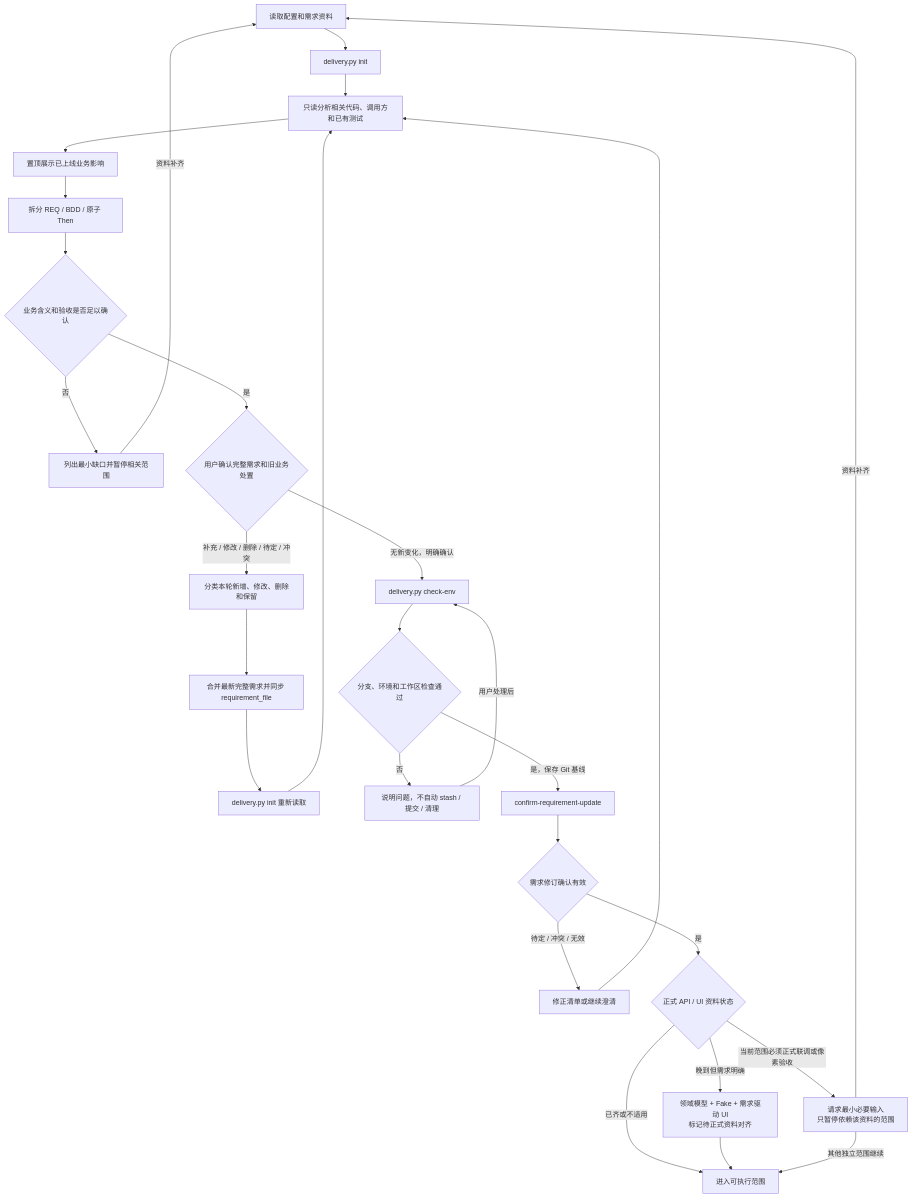
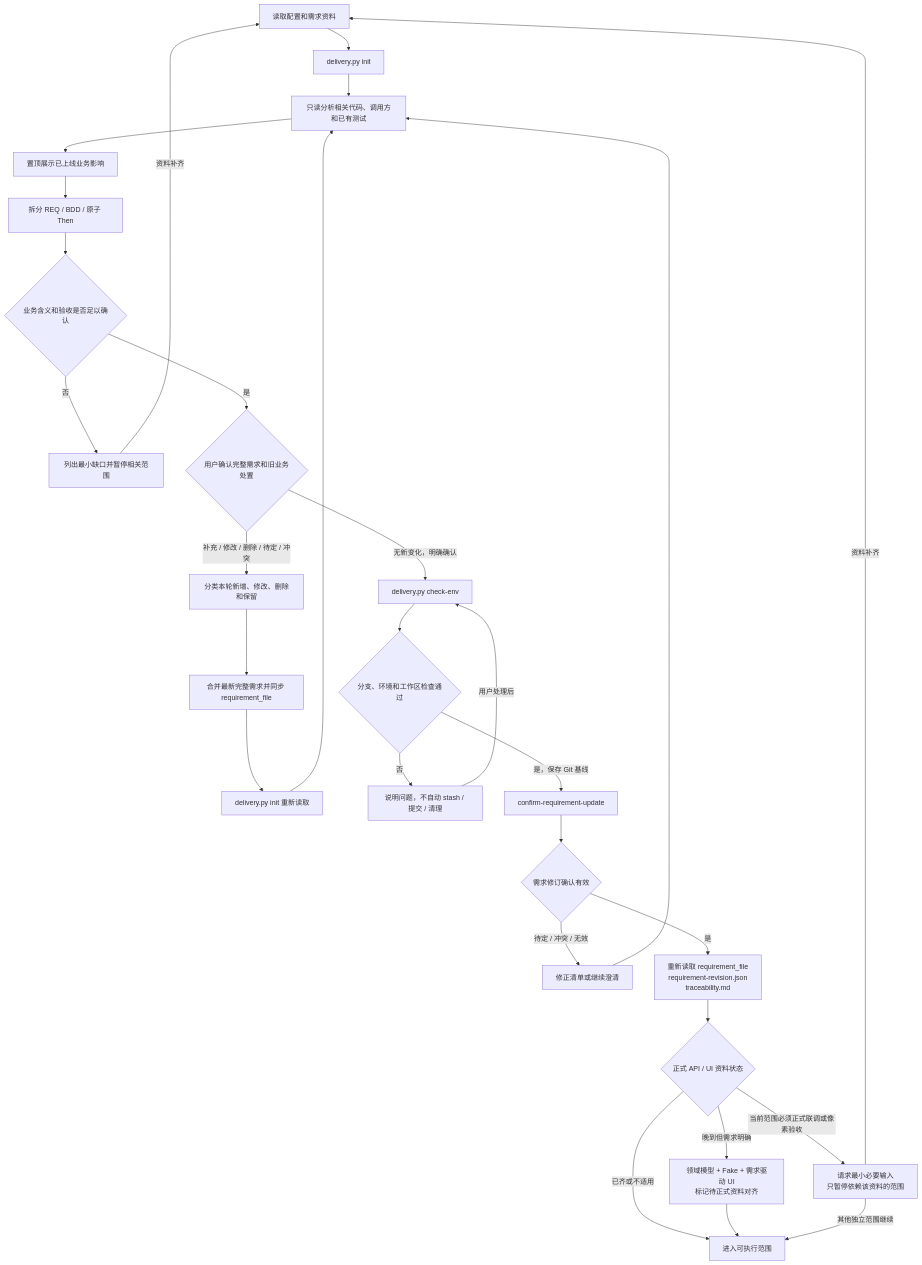
The second of 4 diagrams in AI_DELIVERY_WORKFLOW_GUIDELINES.md (yejuntian/android-delivery-skills), drawn with Mermaid before and after one commit. The commit also changed other lines of this file and 7 other files, not shown here.

````diff
--- a/AI_DELIVERY_WORKFLOW_GUIDELINES.md
+++ b/AI_DELIVERY_WORKFLOW_GUIDELINES.md
@@ -173,30 +173,31 @@
 ```mermaid
 flowchart TD
         A["读取配置和需求资料"] --> B["delivery.py init"]
         B --> C["只读分析相关代码、调用方和已有测试"]
         C --> D["置顶展示已上线业务影响"]
         D --> E["拆分 REQ / BDD / 原子 Then"]
         E --> DOR{"业务含义和验收是否足以确认"}
         DOR -- "否" --> NEED["列出最小缺口并暂停相关范围"]
         NEED -- "资料补齐" --> A
         DOR -- "是" --> F{"用户确认完整需求和旧业务处置"}
         F -- "补充 / 修改 / 删除 / 待定 / 冲突" --> G["分类本轮新增、修改、删除和保留"]
         G --> G1["合并最新完整需求并同步 requirement_file"]
         G1 --> G2["delivery.py init 重新读取"]
         G2 --> C
         F -- "无新变化，明确确认" --> B1["delivery.py check-env"]
         B1 --> ENV{"分支、环境和工作区检查通过"}
         ENV -- "否" --> ENVFAIL["说明问题，不自动 stash / 提交 / 清理"]
         ENVFAIL -- "用户处理后" --> B1
         ENV -- "是，保存 Git 基线" --> H["confirm-requirement-update"]
         H --> REV{"需求修订确认有效"}
         REV -- "待定 / 冲突 / 无效" --> REVFIX["修正清单或继续澄清"]
         REVFIX --> C
-        REV -- "是" --> INPUT{"正式 API / UI 资料状态"}
+        REV -- "是" --> FACTS["重新读取 requirement_file<br/>requirement-revision.json<br/>traceability.md"]
+        FACTS --> INPUT{"正式 API / UI 资料状态"}
         INPUT -- "已齐或不适用" --> READY["进入可执行范围"]
         INPUT -- "晚到但需求明确" --> PROVISIONAL["领域模型 + Fake + 需求驱动 UI<br/>标记待正式资料对齐"]
         PROVISIONAL --> READY
         INPUT -- "当前范围必须正式联调或像素验收" --> WAITINPUT["请求最小必要输入<br/>只暂停依赖该资料的范围"]
         WAITINPUT -- "其他独立范围继续" --> READY
         WAITINPUT -- "资料补齐" --> A
 ```
````
